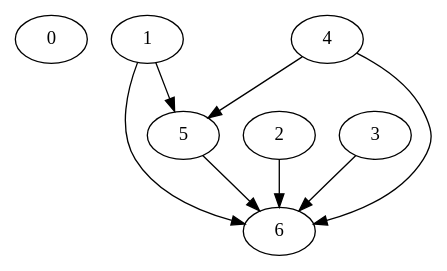
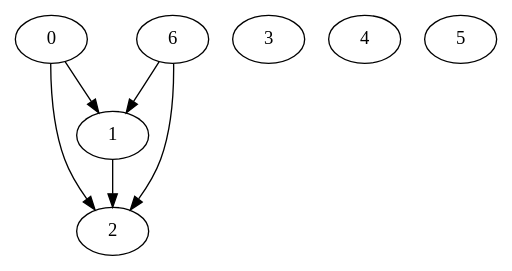
The diagram in parser/graph.dot (bensooraj/griffon), drawn with Graphviz before and after one commit. The commit also changed 5 other files, not shown here.

Commit message:
modularise dependency graph creation

```diff
--- a/parser/graph.dot
+++ b/parser/graph.dot
@@ -1,19 +1,17 @@
 strict digraph "dependency_graph.dot" {
 // Node definitions.
-0;
+0 [name=griffon];
 1;
 2;
 3;
 4;
 5;
 6;
 
 // Edge definitions.
-1 -> 5;
-1 -> 6;
-2 -> 6;
-3 -> 6;
-4 -> 5;
-4 -> 6;
-5 -> 6;
+0 -> 1;
+0 -> 2;
+1 -> 2;
+6 -> 1;
+6 -> 2;
 }
```
